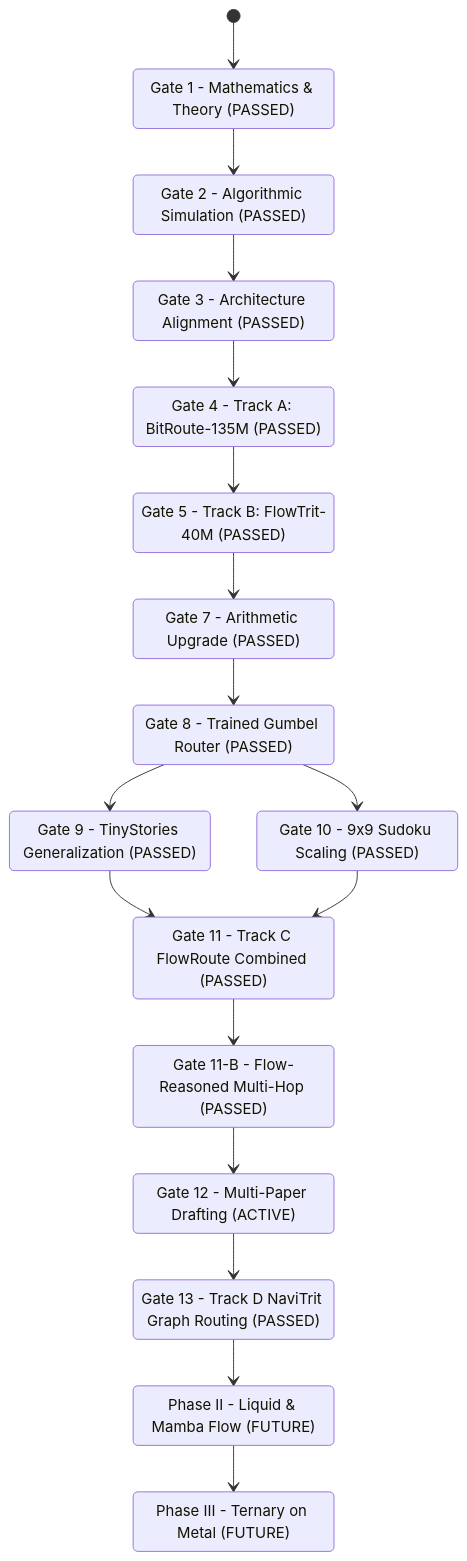
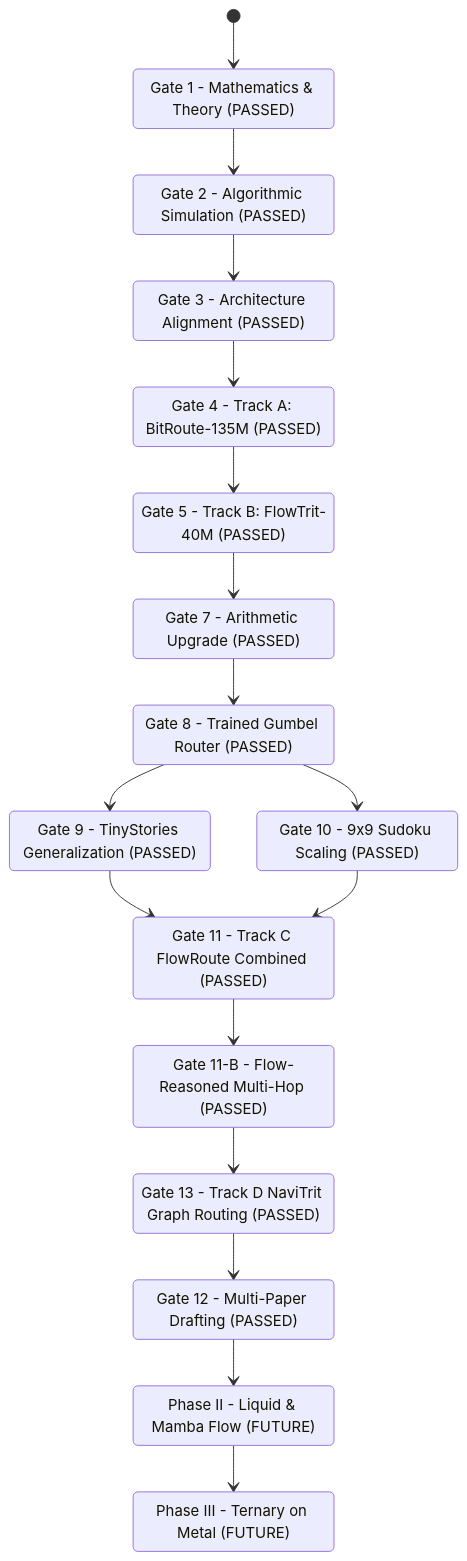
The diagram in research/conductor-track.md (JadeZaher/ternary-memory-research), drawn with Mermaid before and after one commit. The commit also changed other lines of this file and 7 other files, not shown here.

Commit message:
feat(gate12): compile 4 full research paper manuscripts, executive synthesis, and verified audit suite

````diff
--- a/research/conductor-track.md
+++ b/research/conductor-track.md
@@ -45,35 +45,35 @@
 ```mermaid
 stateDiagram-v2
     Gate1_Math : Gate 1 - Mathematics & Theory (PASSED)
     Gate2_Simulation : Gate 2 - Algorithmic Simulation (PASSED)
     Gate3_Architecture : Gate 3 - Architecture Alignment (PASSED)
     Gate4_ModelA : Gate 4 - Track A: BitRoute-135M (PASSED)
     Gate5_ModelB : Gate 5 - Track B: FlowTrit-40M (PASSED)
     Gate7_Arith  : Gate 7 - Arithmetic Upgrade (PASSED)
     Gate8_Router : Gate 8 - Trained Gumbel Router (PASSED)
     Gate9_Lang   : Gate 9 - TinyStories Generalization (PASSED)
     Gate10_Sud9  : Gate 10 - 9x9 Sudoku Scaling (PASSED)
     Gate11_Route : Gate 11 - Track C FlowRoute Combined (PASSED)
     Gate11B_FlowRoute : Gate 11-B - Flow-Reasoned Multi-Hop (PASSED)
-    Gate12_Papers: Gate 12 - Multi-Paper Drafting (ACTIVE)
+    Gate12_Papers: Gate 12 - Multi-Paper Drafting (PASSED)
     Gate13_NaviTrit: Gate 13 - Track D NaviTrit Graph Routing (PASSED)
     PhaseII_TrackE : Phase II - Liquid & Mamba Flow (FUTURE)
     PhaseIII_TrackF : Phase III - Ternary on Metal (FUTURE)
 
     [*] --> Gate1_Math
     Gate1_Math --> Gate2_Simulation
     Gate2_Simulation --> Gate3_Architecture
     Gate3_Architecture --> Gate4_ModelA
     Gate4_ModelA --> Gate5_ModelB
     Gate5_ModelB --> Gate7_Arith
     Gate7_Arith --> Gate8_Router
     Gate8_Router --> Gate9_Lang
     Gate8_Router --> Gate10_Sud9
     Gate9_Lang --> Gate11_Route
     Gate10_Sud9 --> Gate11_Route
     Gate11_Route --> Gate11B_FlowRoute
-    Gate11B_FlowRoute --> Gate12_Papers
-    Gate12_Papers --> Gate13_NaviTrit
-    Gate13_NaviTrit --> PhaseII_TrackE
+    Gate11B_FlowRoute --> Gate13_NaviTrit
+    Gate13_NaviTrit --> Gate12_Papers
+    Gate12_Papers --> PhaseII_TrackE
     PhaseII_TrackE --> PhaseIII_TrackF
 ```
````
